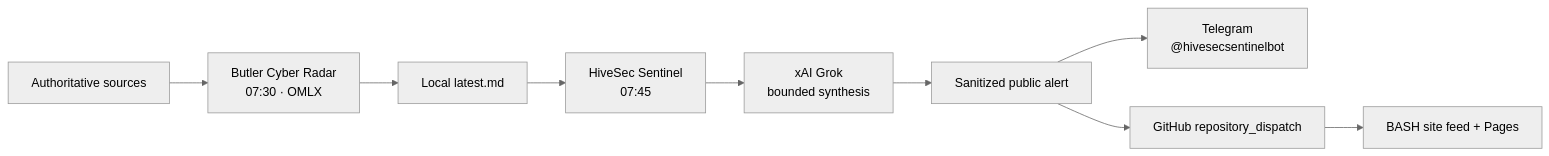
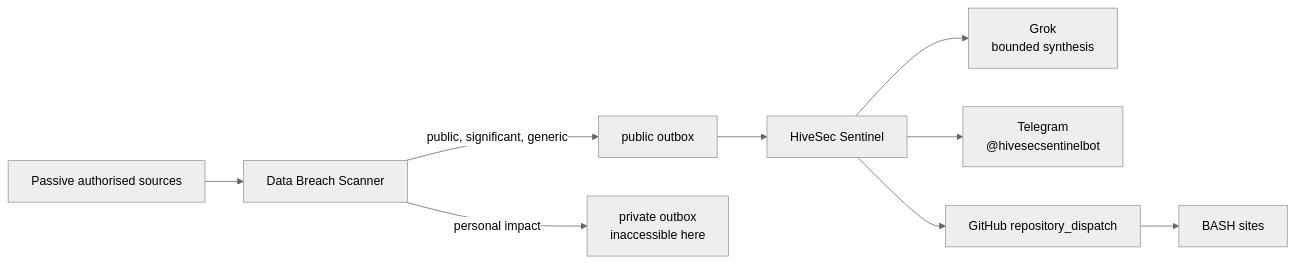
Before and after one commit to bashhive/sentinel: the diagram in docs/ARCHITECTURE.md, drawn with Mermaid (neutral theme). The commit also changed other lines of this file and 14 other files, not shown here.

Commit message:
Consume scanner public breach events

````diff
--- a/docs/ARCHITECTURE.md
+++ b/docs/ARCHITECTURE.md
@@ -5,11 +3,11 @@
 ```mermaid
 flowchart LR
-    S["Authoritative sources"] --> B["Butler Cyber Radar<br/>07:30 · OMLX"]
-    B --> R["Local latest.md"]
-    R --> H["HiveSec Sentinel<br/>07:45"]
-    H --> G["xAI Grok<br/>bounded synthesis"]
-    G --> A["Sanitized public alert"]
-    A --> T["Telegram<br/>@hivesecsentinelbot"]
-    A --> D["GitHub repository_dispatch"]
-    D --> P["BASH site feed + Pages"]
+    S["Passive authorised sources"] --> D["Data Breach Scanner"]
+    D -->|"public, significant, generic"| O["public outbox"]
+    D -->|"personal impact"| X["private outbox<br/>inaccessible here"]
+    O --> H["HiveSec Sentinel"]
+    H --> G["Grok<br/>bounded synthesis"]
+    H --> T["Telegram<br/>@hivesecsentinelbot"]
+    H --> R["GitHub repository_dispatch"]
+    R --> P["BASH sites"]
 ```
````
